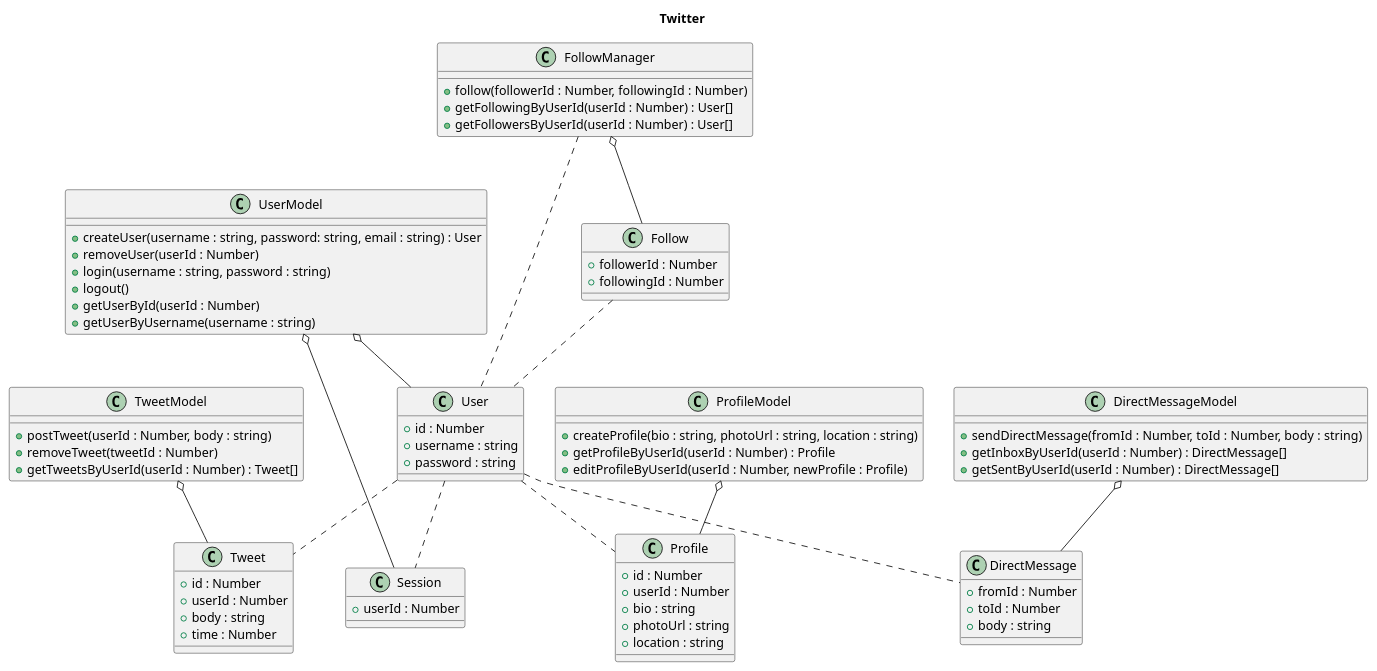
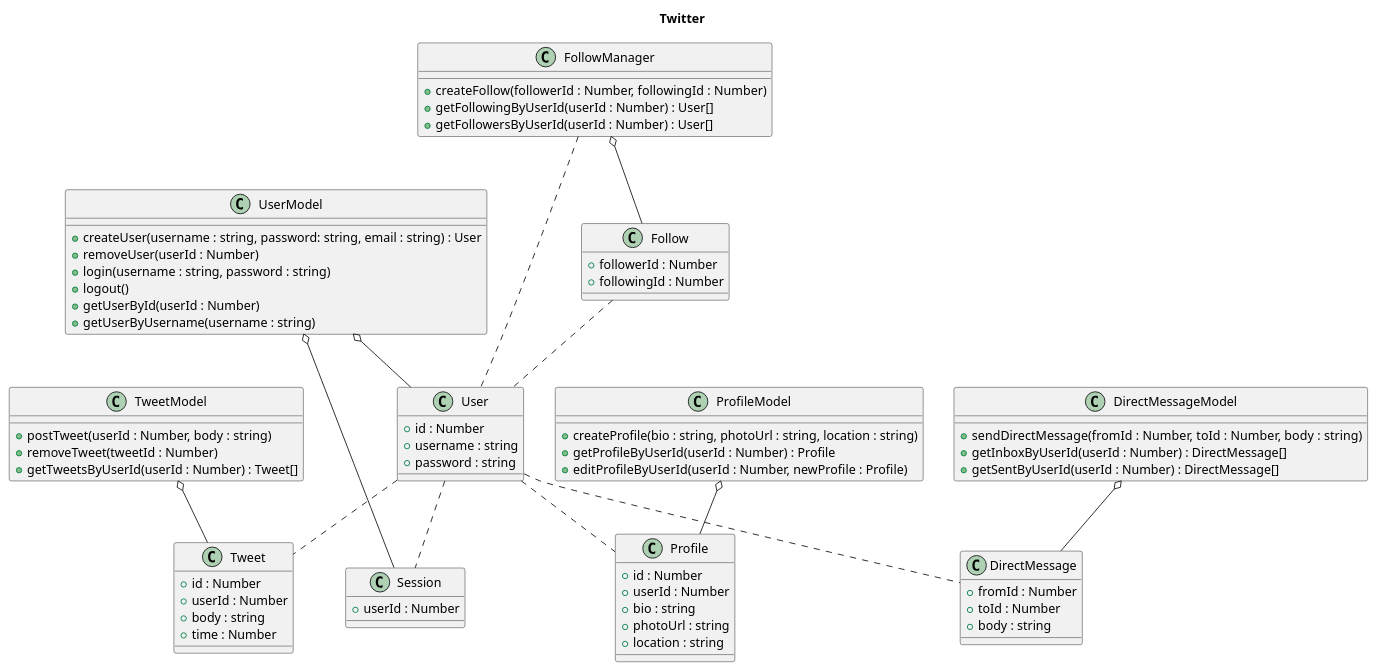
The diagram in model/classDiagram.plantuml (tart-summer-camp-2011/fe201), drawn with PlantUML before and after one commit. The commit also changed 1 other file, not shown here.

Commit message:
renamed the follow method of FollowManager to createFollow.

```diff
--- a/model/classDiagram.plantuml
+++ b/model/classDiagram.plantuml
@@ -1,85 +1,85 @@
 @startuml
 title Twitter
 
 class User {
 	+ id : Number
 	+ username : string
 	+ password : string
 }
 
 class Tweet {
 	+ id : Number
 	+ userId : Number
 	+ body : string
 	+ time : Number
 }
 
 class UserModel {
 	+ createUser(username : string, password: string, email : string) : User
 	+ removeUser(userId : Number)
 	+ login(username : string, password : string)
 	+ logout()
 	+ getUserById(userId : Number)
 	+ getUserByUsername(username : string)
 }
 
 class Session {
 	+ userId : Number
 }
 
 class FollowManager {
-	+ follow(followerId : Number, followingId : Number)
+	+ createFollow(followerId : Number, followingId : Number)
 	+ getFollowingByUserId(userId : Number) : User[]
 	+ getFollowersByUserId(userId : Number) : User[]
 }
 
 class Profile {
 	+ id : Number
 	+ userId : Number
 	+ bio : string
 	+ photoUrl : string
 	+ location : string
 }
 
 class ProfileModel {
 	+ createProfile(bio : string, photoUrl : string, location : string)
 	+ getProfileByUserId(userId : Number) : Profile
 	+ editProfileByUserId(userId : Number, newProfile : Profile)
 }
 
 class TweetModel {
 	+ postTweet(userId : Number, body : string)
 	+ removeTweet(tweetId : Number)
 	+ getTweetsByUserId(userId : Number) : Tweet[]
 }
 
 class DirectMessage {
 	+ fromId : Number
 	+ toId : Number
 	+ body : string
 }
 
 class DirectMessageModel {
 	+ sendDirectMessage(fromId : Number, toId : Number, body : string)
 	+ getInboxByUserId(userId : Number) : DirectMessage[]
 	+ getSentByUserId(userId : Number) : DirectMessage[]
 }
 
 class Follow {
 	+ followerId : Number
 	+ followingId : Number
 }
 
 UserModel o-- User
 UserModel o-- Session
 DirectMessageModel o-- DirectMessage
 ProfileModel o-- Profile
 TweetModel o-- Tweet
 FollowManager o-- Follow
 User .. Session
 User .. Tweet
 User .. Profile
 User .. DirectMessage
 Follow .. User
 FollowManager .. User
 @enduml
```
